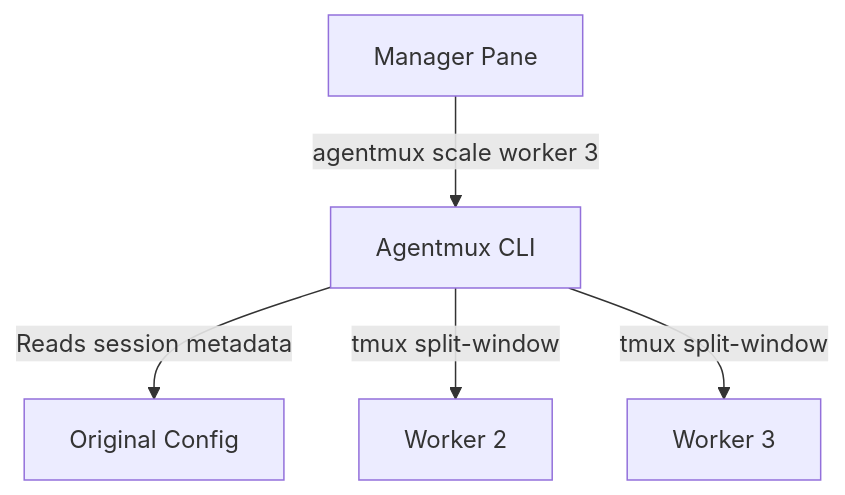
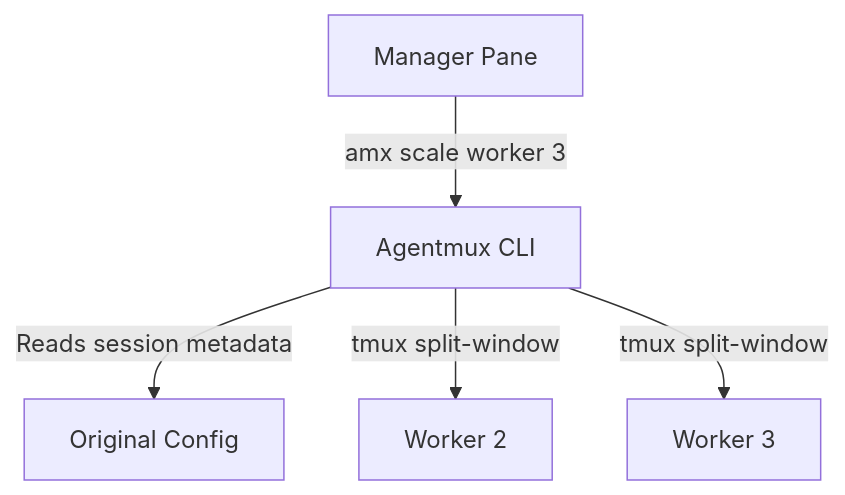
Before and after one commit to pagel-s/agentmux: the third of 3 diagrams in docs/architecture/coordination.md, drawn with Mermaid. The commit also changed other lines of this file and 108 other files, not shown here.

````diff
--- a/docs/architecture/coordination.md
+++ b/docs/architecture/coordination.md
@@ -50,7 +50,7 @@
 ```mermaid
 graph TD;
-    Manager[Manager Pane] -->|agentmux scale worker 3| Agentmux[Agentmux CLI]
+    Manager[Manager Pane] -->|amx scale worker 3| Agentmux[Agentmux CLI]
     Agentmux -->|Reads session metadata| OldConfig[Original Config]
     Agentmux -->|tmux split-window| NewPane1[Worker 2]
     Agentmux -->|tmux split-window| NewPane2[Worker 3]
 ```
````
